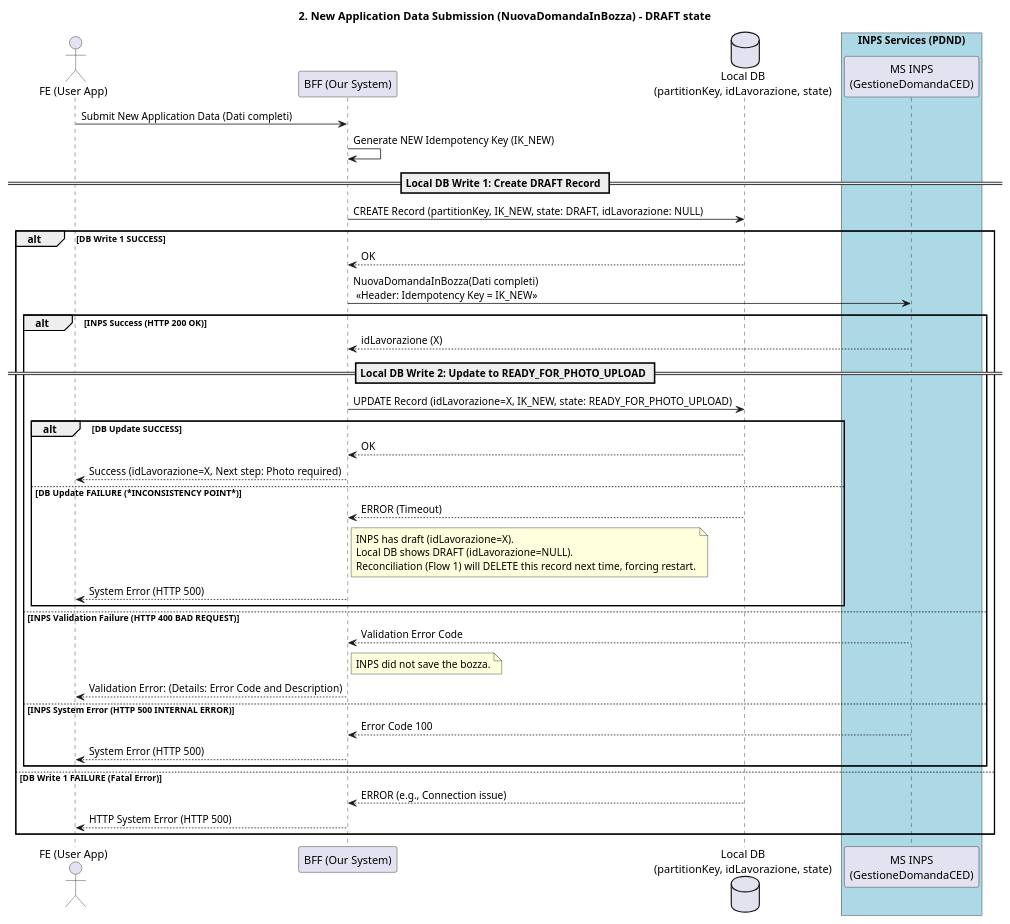
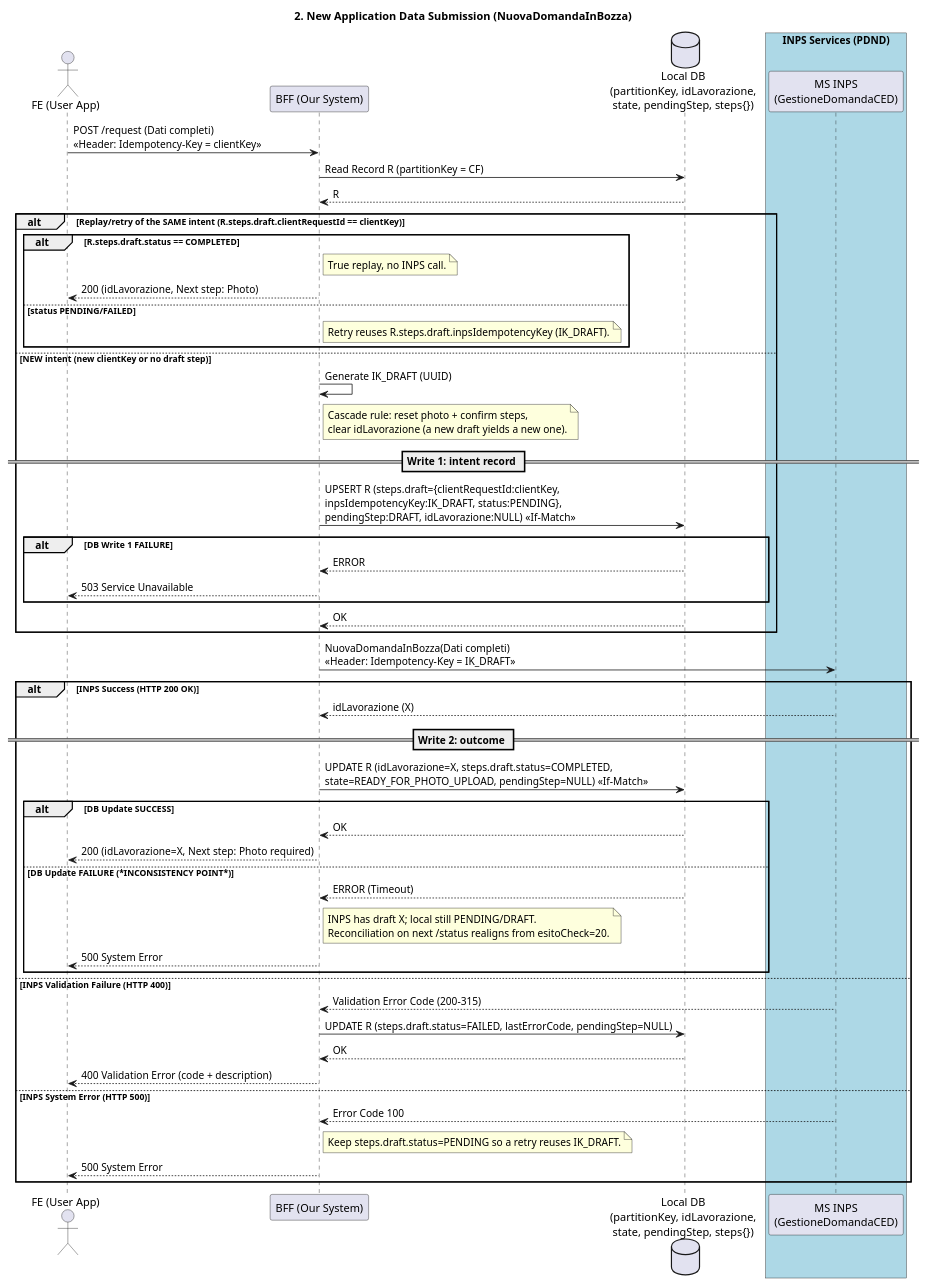
Before and after one commit to pagopa/io-growth: the diagram in docs/ced-card-request/sequence/draft_request_sequence.puml, drawn with PlantUML. The commit also changed 69 other files, not shown here.

```diff
--- a/docs/ced-card-request/sequence/draft_request_sequence.puml
+++ b/docs/ced-card-request/sequence/draft_request_sequence.puml
@@ -1,54 +1,66 @@
 @startuml Draft Request Sequence Diagram
 
 actor "FE (User App)" as FE
 participant "BFF (Our System)" as BFF
-database "Local DB\n(partitionKey, idLavorazione, state)" as DB
+database "Local DB\n(partitionKey, idLavorazione,\nstate, pendingStep, steps{})" as DB
 box "INPS Services (PDND)" #LightBlue
   participant "MS INPS\n(GestioneDomandaCED)" as INPS
 end box
 
-title 2. New Application Data Submission (NuovaDomandaInBozza) - DRAFT state
+title 2. New Application Data Submission (NuovaDomandaInBozza)
 
-FE -> BFF: Submit New Application Data (Dati completi)
+FE -> BFF: POST /request (Dati completi)\n<<Header: Idempotency-Key = clientKey>>
 
-BFF -> BFF: Generate NEW Idempotency Key (IK_NEW)
+BFF -> DB: Read Record R (partitionKey = CF)
+DB --> BFF: R
 
-== Local DB Write 1: Create DRAFT Record ==
-BFF -> DB: CREATE Record (partitionKey, IK_NEW, state: DRAFT, idLavorazione: NULL)
-
-alt DB Write 1 SUCCESS
-    DB --> BFF: OK
-
-    BFF -> INPS: NuovaDomandaInBozza(Dati completi) \n <<Header: Idempotency Key = IK_NEW>>
-
-    alt INPS Success (HTTP 200 OK)
-        INPS --> BFF: idLavorazione (X)
-
-        == Local DB Write 2: Update to READY_FOR_PHOTO_UPLOAD ==
-        BFF -> DB: UPDATE Record (idLavorazione=X, IK_NEW, state: READY_FOR_PHOTO_UPLOAD)
-
-        alt DB Update SUCCESS
-            DB --> BFF: OK
-            BFF --> FE: Success (idLavorazione=X, Next step: Photo required)
-
-        else DB Update FAILURE (***INCONSISTENCY POINT***)
-            DB --> BFF: ERROR (Timeout)
-            note right of BFF: INPS has draft (idLavorazione=X). \nLocal DB shows DRAFT (idLavorazione=NULL). \nReconciliation (Flow 1) will DELETE this record next time, forcing restart.
-            BFF --> FE: System Error (HTTP 500)
-        end
-
-    else INPS Validation Failure (HTTP 400 BAD REQUEST)
-        INPS --> BFF: Validation Error Code
-        note right of BFF: INPS did not save the bozza.
-        BFF --> FE: Validation Error: (Details: Error Code and Description)
-        
-    else INPS System Error (HTTP 500 INTERNAL ERROR)
-        INPS --> BFF: Error Code 100
-        BFF --> FE: System Error (HTTP 500)
+alt Replay/retry of the SAME intent (R.steps.draft.clientRequestId == clientKey)
+    alt R.steps.draft.status == COMPLETED
+        note right of BFF: True replay, no INPS call.
+        BFF --> FE: 200 (idLavorazione, Next step: Photo)
+    else status PENDING/FAILED
+        note right of BFF: Retry reuses R.steps.draft.inpsIdempotencyKey (IK_DRAFT).
     end
 
-else DB Write 1 FAILURE (Fatal Error)
-    DB --> BFF: ERROR (e.g., Connection issue)
-    BFF --> FE: HTTP System Error (HTTP 500)
+else NEW intent (new clientKey or no draft step)
+    BFF -> BFF: Generate IK_DRAFT (UUID)
+    note right of BFF: Cascade rule: reset photo + confirm steps,\nclear idLavorazione (a new draft yields a new one).
+
+    == Write 1: intent record ==
+    BFF -> DB: UPSERT R (steps.draft={clientRequestId:clientKey,\ninpsIdempotencyKey:IK_DRAFT, status:PENDING},\npendingStep:DRAFT, idLavorazione:NULL) <<If-Match>>
+    alt DB Write 1 FAILURE
+        DB --> BFF: ERROR
+        BFF --> FE: 503 Service Unavailable
+    end
+    DB --> BFF: OK
+end
+
+BFF -> INPS: NuovaDomandaInBozza(Dati completi)\n<<Header: Idempotency-Key = IK_DRAFT>>
+
+alt INPS Success (HTTP 200 OK)
+    INPS --> BFF: idLavorazione (X)
+
+    == Write 2: outcome ==
+    BFF -> DB: UPDATE R (idLavorazione=X, steps.draft.status=COMPLETED,\nstate=READY_FOR_PHOTO_UPLOAD, pendingStep=NULL) <<If-Match>>
+
+    alt DB Update SUCCESS
+        DB --> BFF: OK
+        BFF --> FE: 200 (idLavorazione=X, Next step: Photo required)
+    else DB Update FAILURE (***INCONSISTENCY POINT***)
+        DB --> BFF: ERROR (Timeout)
+        note right of BFF: INPS has draft X; local still PENDING/DRAFT.\nReconciliation on next /status realigns from esitoCheck=20.
+        BFF --> FE: 500 System Error
+    end
+
+else INPS Validation Failure (HTTP 400)
+    INPS --> BFF: Validation Error Code (200-315)
+    BFF -> DB: UPDATE R (steps.draft.status=FAILED, lastErrorCode, pendingStep=NULL)
+    DB --> BFF: OK
+    BFF --> FE: 400 Validation Error (code + description)
+
+else INPS System Error (HTTP 500)
+    INPS --> BFF: Error Code 100
+    note right of BFF: Keep steps.draft.status=PENDING so a retry reuses IK_DRAFT.
+    BFF --> FE: 500 System Error
 end
 @enduml
```
